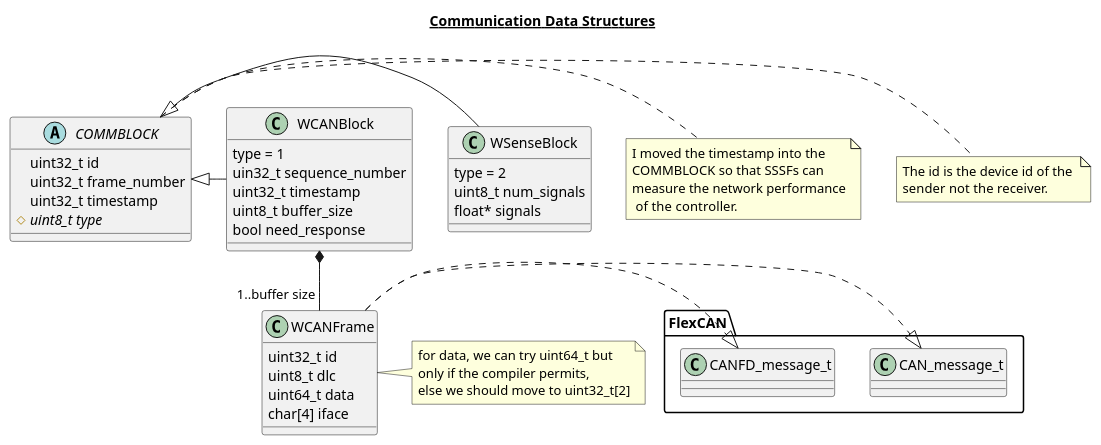
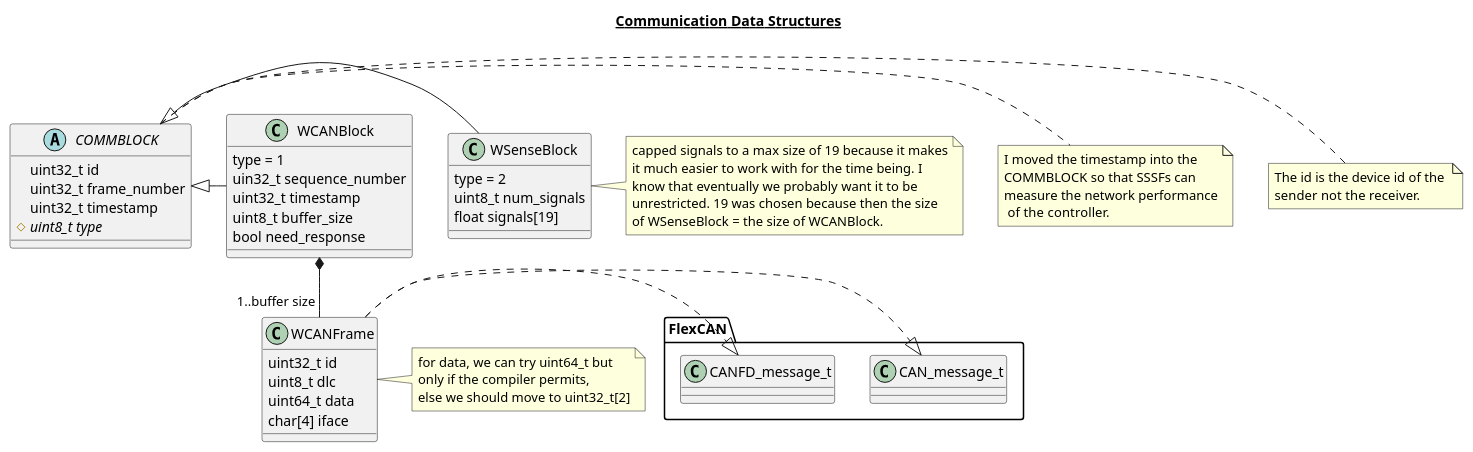
Before and after one commit to SystemsCyber/Software-Defined-Truck: the second of 7 diagrams in Doc/Documentation.md, drawn with PlantUML.

Commit message:
capped signals to 19

````diff
--- a/Doc/Documentation.md
+++ b/Doc/Documentation.md
@@ -40,41 +40,42 @@
 ```plantuml
 @startuml
     title <u>Communication Data Structures</u>
 
     abstract class COMMBLOCK{
         uint32_t id
         uint32_t frame_number
         uint32_t timestamp
         {abstract} # uint8_t type
     }
     note right of COMMBLOCK: The id is the device id of the \nsender not the receiver.
     note right of COMMBLOCK: I moved the timestamp into the\nCOMMBLOCK so that SSSFs can\nmeasure the network performance\n of the controller. 
 
     class WSenseBlock{
         type = 2
         uint8_t num_signals
-        float* signals
+        float signals[19]
     }
+    note right of WSenseBlock: capped signals to a max size of 19 because it makes\nit much easier to work with for the time being. I\nknow that eventually we probably want it to be\nunrestricted. 19 was chosen because then the size\nof WSenseBlock = the size of WCANBlock.
     COMMBLOCK <|- WSenseBlock
 
     class WCANFrame{
         uint32_t id
         uint8_t dlc
         uint64_t data
         char[4] iface
     }
     WCANFrame .|> FlexCAN.CAN_message_t
     WCANFrame .|> FlexCAN.CANFD_message_t
     note right of WCANFrame: for data, we can try uint64_t but \nonly if the compiler permits, \nelse we should move to uint32_t[2]
     class WCANBlock{
         type = 1
         uin32_t sequence_number
         uint32_t timestamp 
         uint8_t buffer_size
         bool need_response
     }
 
     COMMBLOCK <|- WCANBlock
     WCANBlock *--"1..buffer size"WCANFrame 
 @enduml
 ```
````
